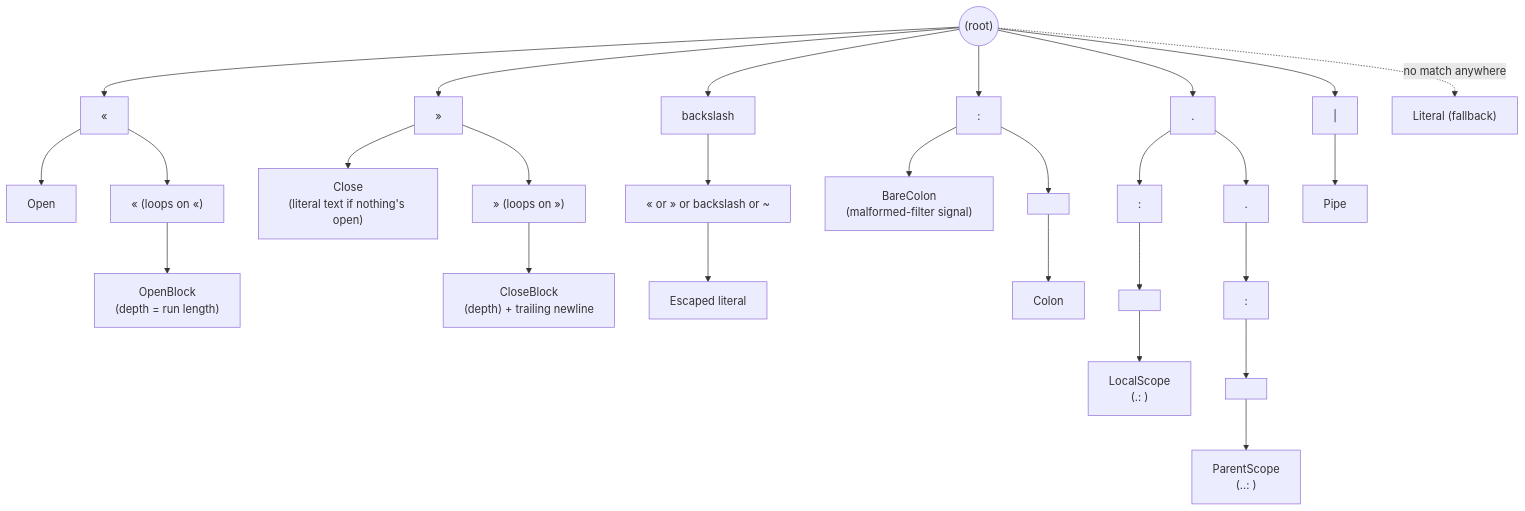
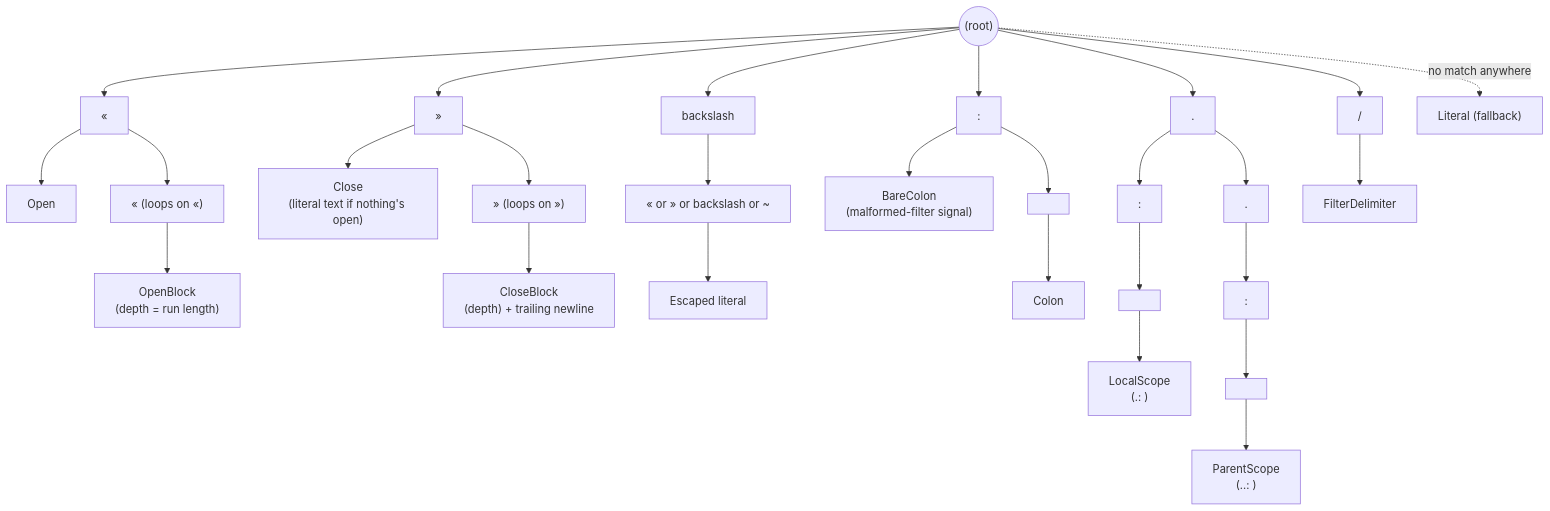
Before and after one commit to cihandeniz/guillemets: the second of 3 diagrams in docs/architecture.md, drawn with Mermaid. The commit also changed other lines of this file and 43 other files, not shown here.

Commit message:
implement number, fix formatting and change filter delimiter

````diff
--- a/docs/architecture.md
+++ b/docs/architecture.md
@@ -48,15 +48,15 @@
 ```mermaid
 flowchart TB
     Root(("(root)"))
     Root --> Open["«"] --> OpenKind["Open"]
     Open --> OpenOpen["« (loops on «)"] --> OpenBlockKind["OpenBlock\n(depth = run length)"]
     Root --> Close["»"] --> CloseKind["Close\n(literal text if nothing's open)"]
     Close --> CloseClose["» (loops on »)"] --> CloseBlockKind["CloseBlock\n(depth) + trailing newline"]
     Root --> Esc["backslash"] --> EscChar["« or » or backslash or ~"] --> EscapedKind["Escaped literal"]
     Root --> Colon[":"] --> BareColonKind["BareColon\n(malformed-filter signal)"]
     Colon --> ColonSpace[" "] --> ColonKind["Colon"]
     Root --> Dot["."] --> DotColon[":"] --> DotColonSpace[" "] --> LocalScopeKind["LocalScope\n(.: )"]
     Dot --> DotDot["."] --> DotDotColon[":"] --> DotDotColonSpace[" "] --> ParentScopeKind["ParentScope\n(..: )"]
-    Root --> SpacePipeSpace[" | "] --> PipeKind["Pipe"]
+    Root --> SpaceSlashSpace[" / "] --> FilterDelimiterKind["FilterDelimiter"]
     Root -.no match anywhere.-> LiteralKind["Literal (fallback)"]
 ```
````
